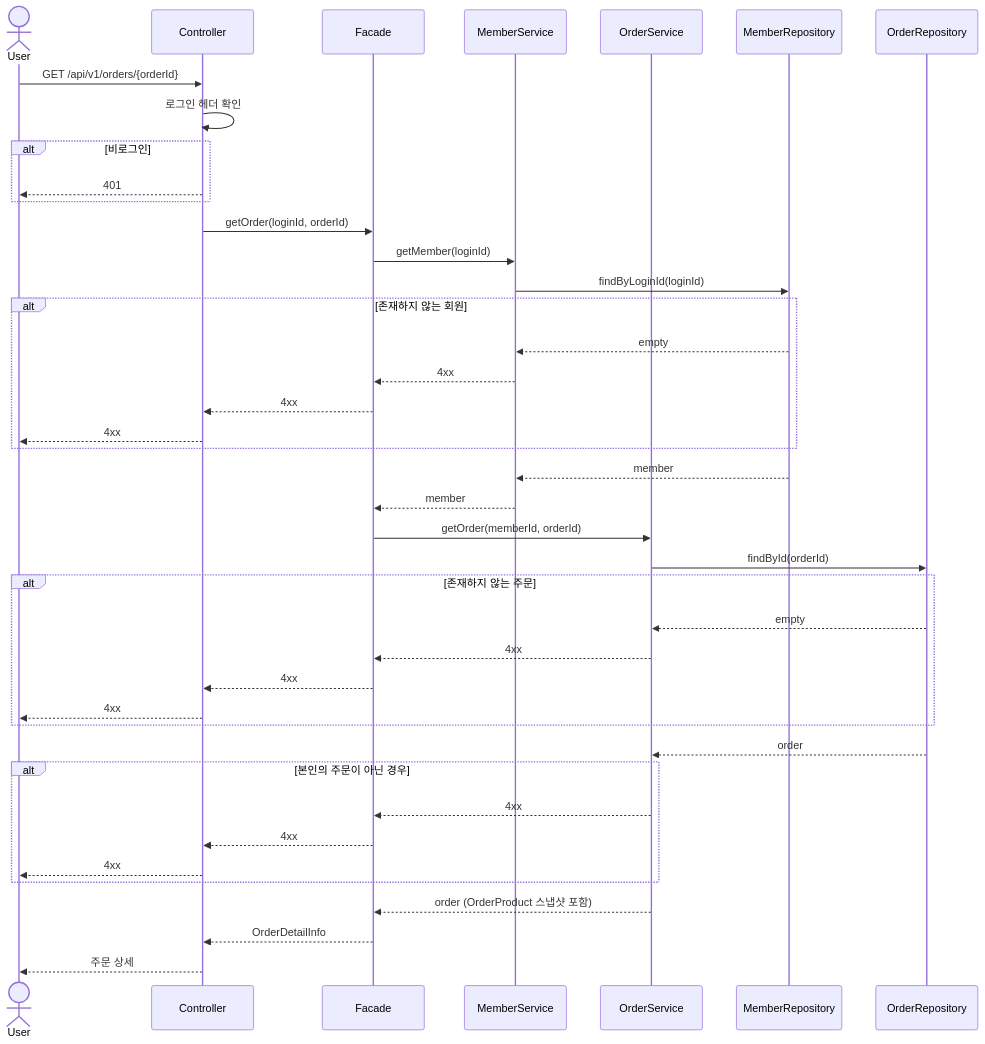
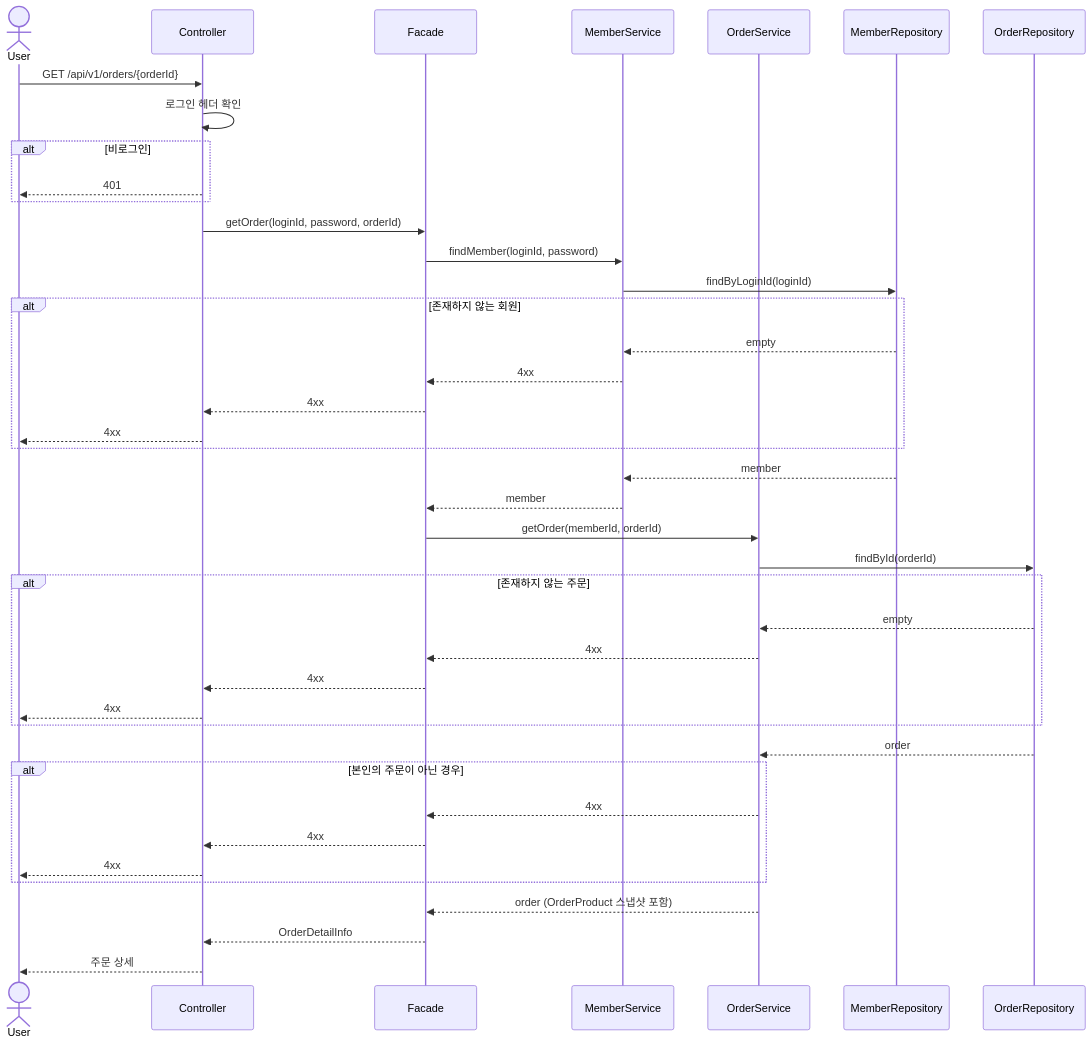
Before and after one commit to Loopers-dev-lab/loop-pack-be-l2-vol3-java: the ninth of 21 diagrams in docs/design/02-sequence-diagrams.md, drawn with Mermaid. The commit also changed other lines of this file and 2 other files, not shown here.

````diff
--- a/docs/design/02-sequence-diagrams.md
+++ b/docs/design/02-sequence-diagrams.md
@@ -549,52 +549,52 @@
 ```mermaid
 sequenceDiagram
     actor User
     participant Controller
     participant Facade
     participant MemberService
     participant OrderService
     participant MemberRepository
     participant OrderRepository
 
     User->>Controller: GET /api/v1/orders/{orderId}
     Controller->>Controller: 로그인 헤더 확인
 
     alt 비로그인
         Controller-->>User: 401
     end
 
-    Controller->>Facade: getOrder(loginId, orderId)
+    Controller->>Facade: getOrder(loginId, password, orderId)
 
-    Facade->>MemberService: getMember(loginId)
+    Facade->>MemberService: findMember(loginId, password)
     MemberService->>MemberRepository: findByLoginId(loginId)
     alt 존재하지 않는 회원
         MemberRepository-->>MemberService: empty
         MemberService-->>Facade: 4xx
         Facade-->>Controller: 4xx
         Controller-->>User: 4xx
     end
     MemberRepository-->>MemberService: member
     MemberService-->>Facade: member
 
     Facade->>OrderService: getOrder(memberId, orderId)
     OrderService->>OrderRepository: findById(orderId)
 
     alt 존재하지 않는 주문
         OrderRepository-->>OrderService: empty
         OrderService-->>Facade: 4xx
         Facade-->>Controller: 4xx
         Controller-->>User: 4xx
     end
 
     OrderRepository-->>OrderService: order
 
     alt 본인의 주문이 아닌 경우
         OrderService-->>Facade: 4xx
         Facade-->>Controller: 4xx
         Controller-->>User: 4xx
     end
 
     OrderService-->>Facade: order (OrderProduct 스냅샷 포함)
     Facade-->>Controller: OrderDetailInfo
     Controller-->>User: 주문 상세
 ```
````
